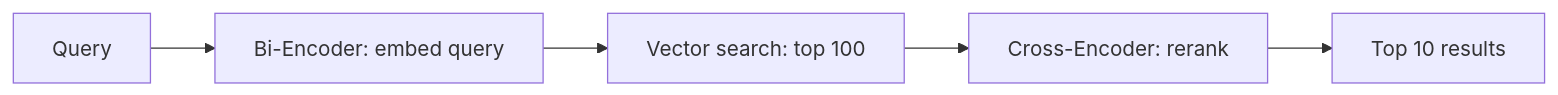
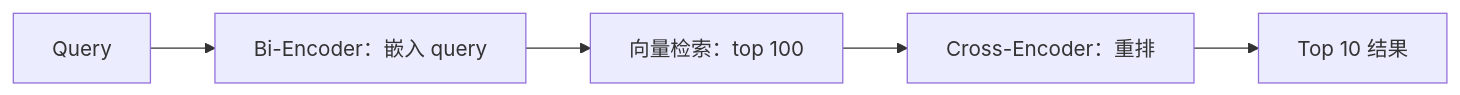
The third of 3 diagrams in phases/11-llm-engineering/04-embeddings/docs/zh.md (JerryC8080/ai-engineering-from-scratch-zh), drawn with Mermaid before and after one commit. The commit also changed other lines of this file and 156 other files, not shown here.

First line of the commit message:
i18n(zh): translate mermaid diagram labels in 157 lesson zh.md

````diff
--- a/phases/11-llm-engineering/04-embeddings/docs/zh.md
+++ b/phases/11-llm-engineering/04-embeddings/docs/zh.md
@@ -194,7 +194,7 @@
 ```mermaid
 graph LR
-    Q["Query"] --> BE["Bi-Encoder: embed query"]
-    BE --> VS["Vector search: top 100"]
-    VS --> CE["Cross-Encoder: rerank"]
-    CE --> R["Top 10 results"]
+    Q["Query"] --> BE["Bi-Encoder：嵌入 query"]
+    BE --> VS["向量检索：top 100"]
+    VS --> CE["Cross-Encoder：重排"]
+    CE --> R["Top 10 结果"]
 ```
````
